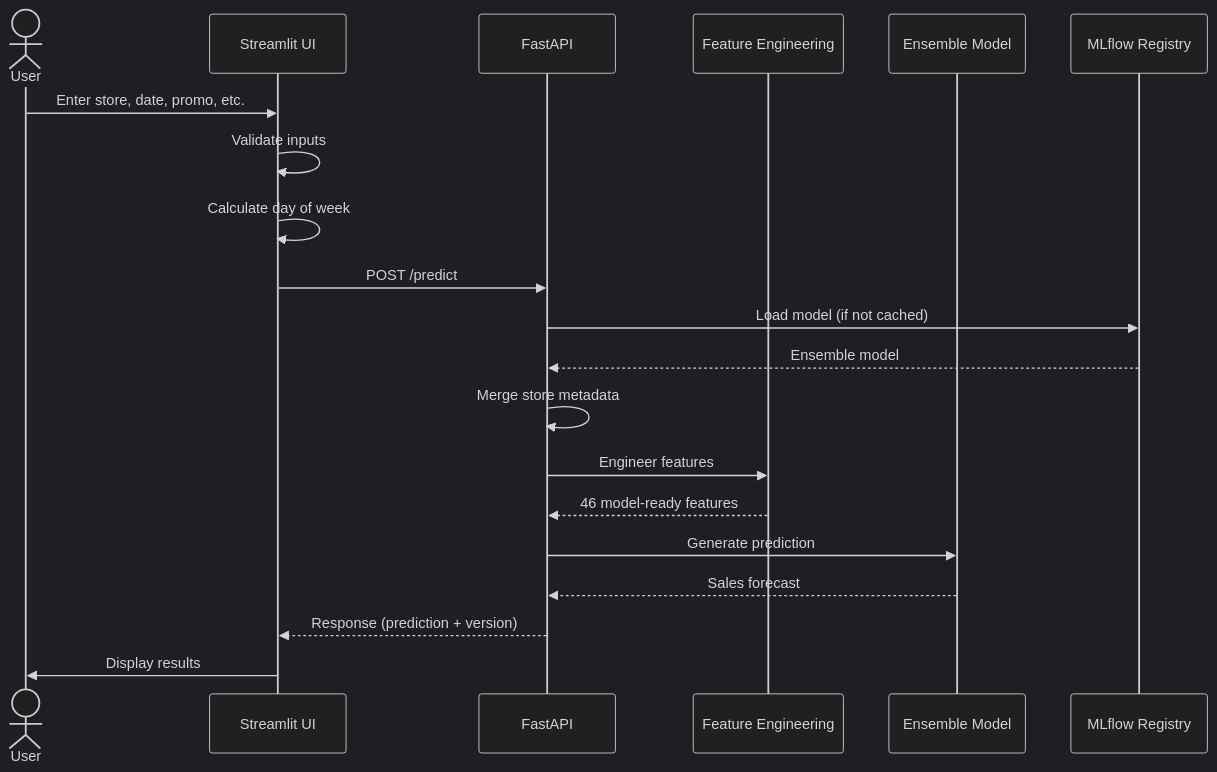
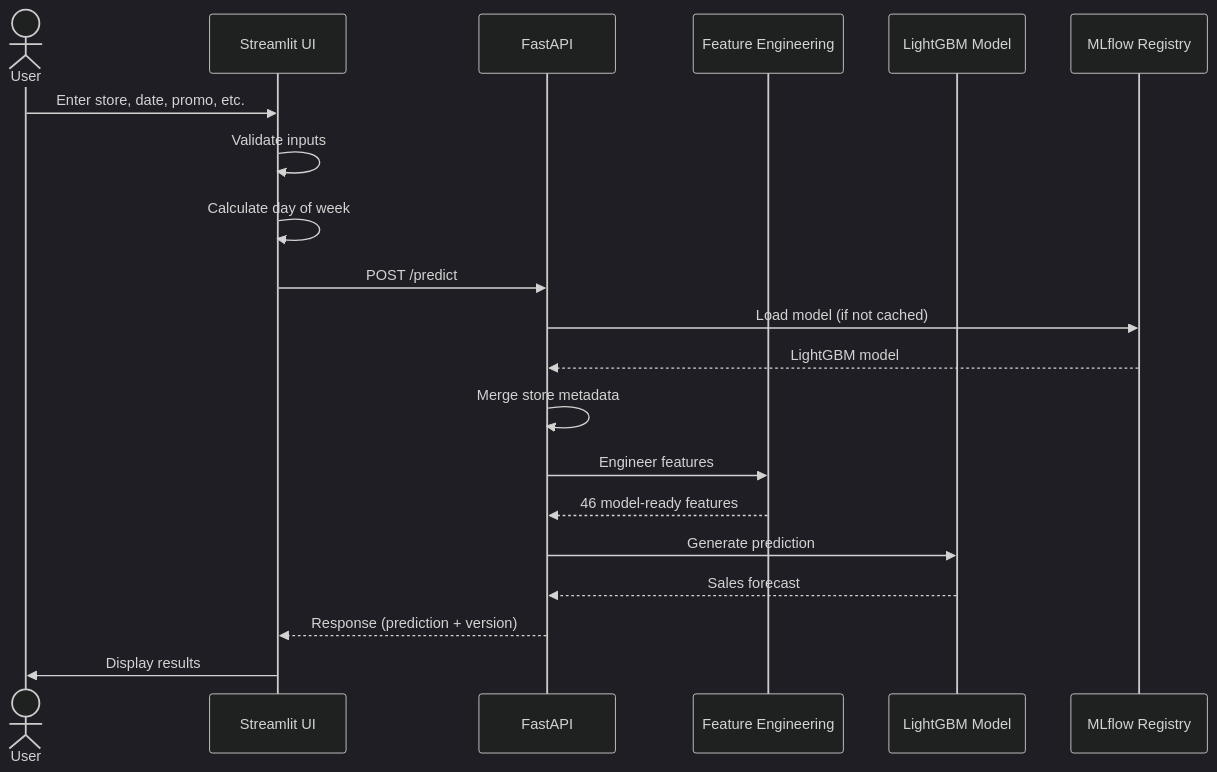
Before and after one commit to bradleyboehmke/uc-bana-7075-reference-system: the second of 3 diagrams in docs/deployment/overview.md, drawn with Mermaid (dark theme). The commit also changed other lines of this file and 71 other files, not shown here.

First line of the commit message:
REF-04: Simplify to a single LightGBM model

````diff
--- a/docs/deployment/overview.md
+++ b/docs/deployment/overview.md
@@ -139,27 +139,27 @@
 ```mermaid
 sequenceDiagram
     actor User
     participant UI as Streamlit UI
     participant API as FastAPI
     participant FE as Feature Engineering
-    participant Model as Ensemble Model
+    participant Model as LightGBM Model
     participant Registry as MLflow Registry
 
     User->>UI: Enter store, date, promo, etc.
     UI->>UI: Validate inputs
     UI->>UI: Calculate day of week
     UI->>API: POST /predict
 
     API->>Registry: Load model (if not cached)
-    Registry-->>API: Ensemble model
+    Registry-->>API: LightGBM model
 
     API->>API: Merge store metadata
     API->>FE: Engineer features
     FE-->>API: 46 model-ready features
 
     API->>Model: Generate prediction
     Model-->>API: Sales forecast
 
     API-->>UI: Response (prediction + version)
     UI->>User: Display results
 ```
````
